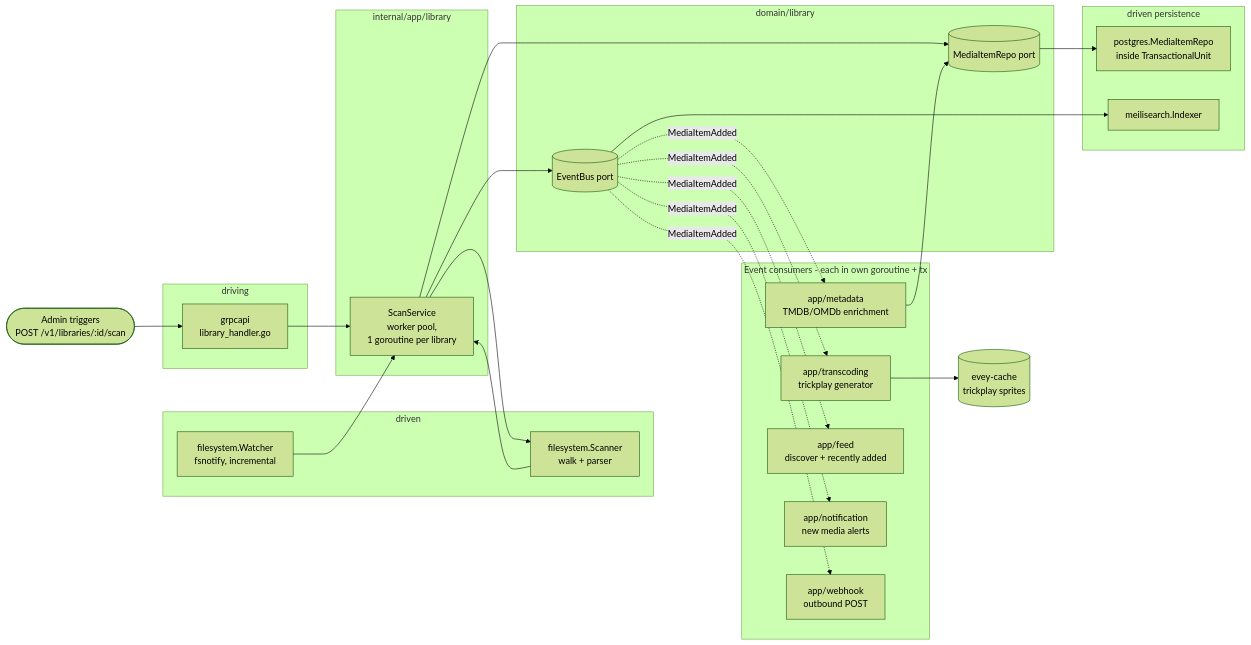
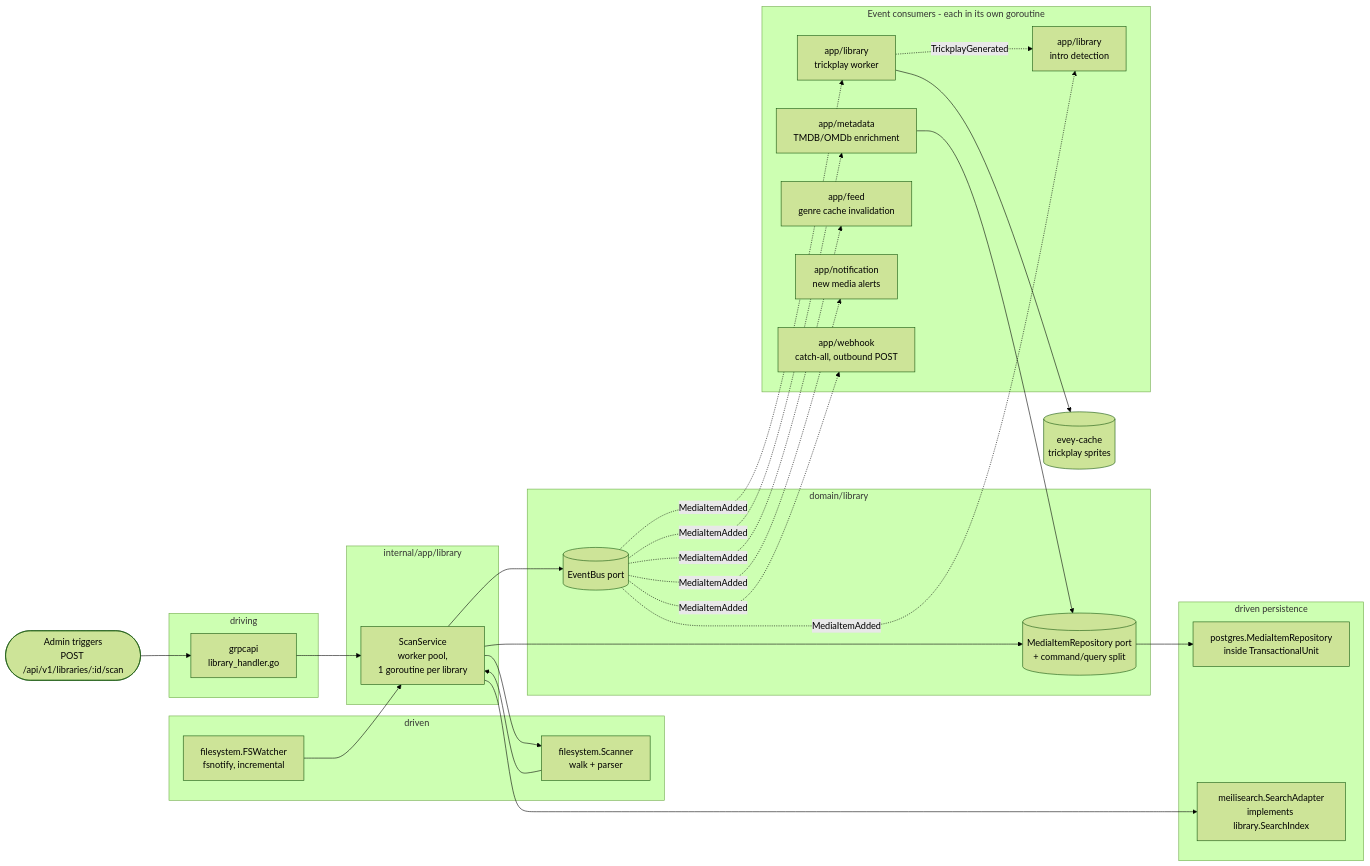
The fourth of 4 diagrams in docs/ARCHITECTURE.md (eveyproject/evey), drawn with Mermaid (forest theme) before and after one commit. The commit also changed other lines of this file and 19 other files, not shown here.

````diff
--- a/docs/ARCHITECTURE.md
+++ b/docs/ARCHITECTURE.md
@@ -240,51 +292,54 @@
 ```mermaid
 flowchart LR
-    user([Admin triggers<br/>POST /v1/libraries/:id/scan])
+    user([Admin triggers<br/>POST /api/v1/libraries/:id/scan])
 
     subgraph driving2[driving]
         h[grpcapi<br/>library_handler.go]
     end
 
     subgraph appLayer[internal/app/library]
         svc[ScanService<br/>worker pool,<br/>1 goroutine per library]
     end
 
     subgraph drivenScan[driven]
         scanner[filesystem.Scanner<br/>walk + parser]
-        watcher[filesystem.Watcher<br/>fsnotify, incremental]
+        watcher[filesystem.FSWatcher<br/>fsnotify, incremental]
     end
 
     subgraph domainScan[domain/library]
-        repo[(MediaItemRepo port)]
+        repo[(MediaItemRepository port<br/>+ command/query split)]
         bus[(EventBus port)]
     end
 
     subgraph persist[driven persistence]
-        pgrepo[postgres.MediaItemRepo<br/>inside TransactionalUnit]
-        searchidx[meilisearch.Indexer]
+        pgrepo[postgres.MediaItemRepository<br/>inside TransactionalUnit]
+        searchidx[meilisearch.SearchAdapter<br/>implements library.SearchIndex]
     end
 
-    subgraph consumers[Event consumers - each in own goroutine + tx]
+    subgraph consumers[Event consumers - each in its own goroutine]
         meta[app/metadata<br/>TMDB/OMDb enrichment]
-        trick[app/transcoding<br/>trickplay generator]
-        feed[app/feed<br/>discover + recently added]
+        trick[app/library<br/>trickplay worker]
+        intro[app/library<br/>intro detection]
+        feed[app/feed<br/>genre cache invalidation]
         notif[app/notification<br/>new media alerts]
-        wh[app/webhook<br/>outbound POST]
+        wh[app/webhook<br/>catch-all, outbound POST]
     end
 
     user --> h --> svc
     svc --> scanner
     watcher --> svc
     scanner --> svc
     svc --> repo
     repo --> pgrepo
+    svc --> searchidx
     svc --> bus
-    bus --> searchidx
     bus -. MediaItemAdded .-> meta
     bus -. MediaItemAdded .-> trick
+    bus -. MediaItemAdded .-> intro
     bus -. MediaItemAdded .-> feed
     bus -. MediaItemAdded .-> notif
     bus -. MediaItemAdded .-> wh
+    trick -. TrickplayGenerated .-> intro
     meta --> repo
     trick --> ffstore[(evey-cache<br/>trickplay sprites)]
 ```
````
